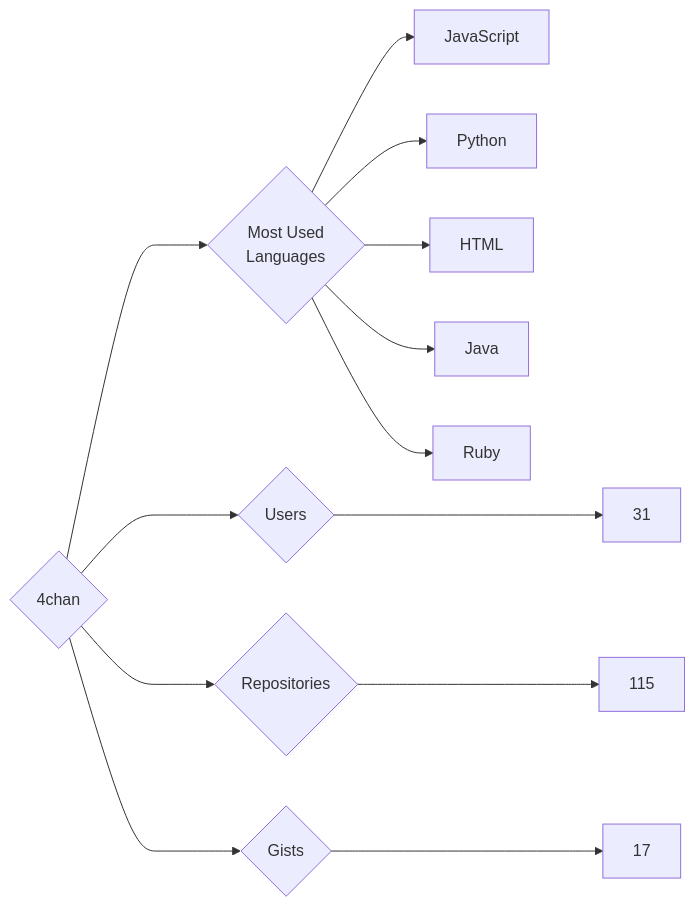
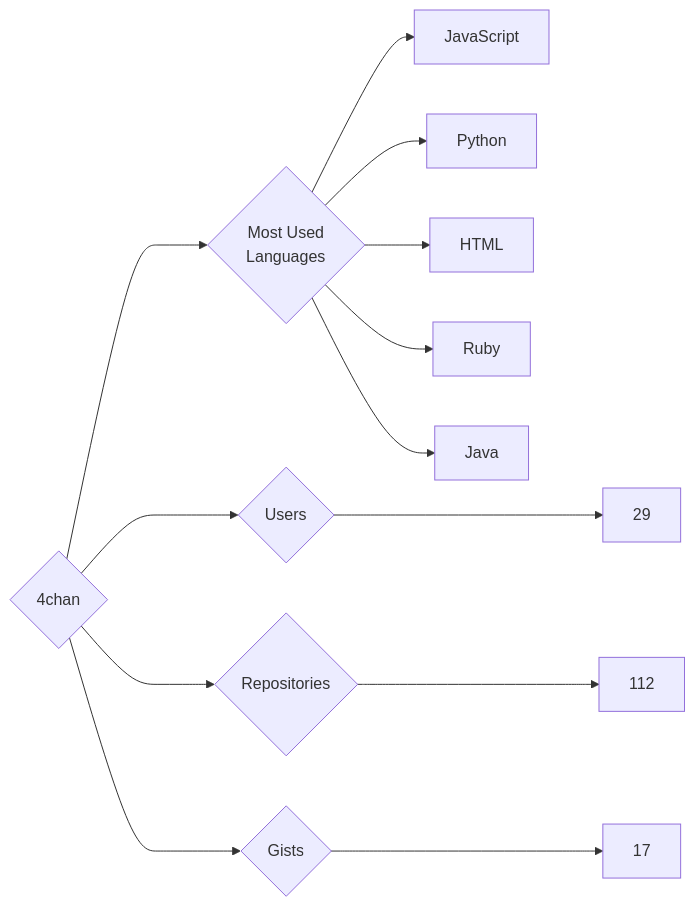
Before and after one commit to trickest/insiders: the diagram in targets/4chan/README.md, drawn with Mermaid. The commit also changed 894 other files, not shown here.

````diff
--- a/targets/4chan/README.md
+++ b/targets/4chan/README.md
@@ -3,13 +3,13 @@
 ```mermaid
 graph LR
 COMPANY_NAME{4chan}
-COMPANY_NAME ---> U{Users} ---> UN[31]
-COMPANY_NAME ---> R{Repositories} ---> RN[115]
+COMPANY_NAME ---> U{Users} ---> UN[29]
+COMPANY_NAME ---> R{Repositories} ---> RN[112]
 COMPANY_NAME ---> G{Gists} ---> GN[17]
 COMPANY_NAME ---> ML{Most Used<br>Languages}
 ML --> JavaScript[JavaScript]
 ML --> Python[Python]
 ML --> HTML[HTML]
+ML --> Ruby[Ruby]
 ML --> Java[Java]
-ML --> Ruby[Ruby]
 ```
````
